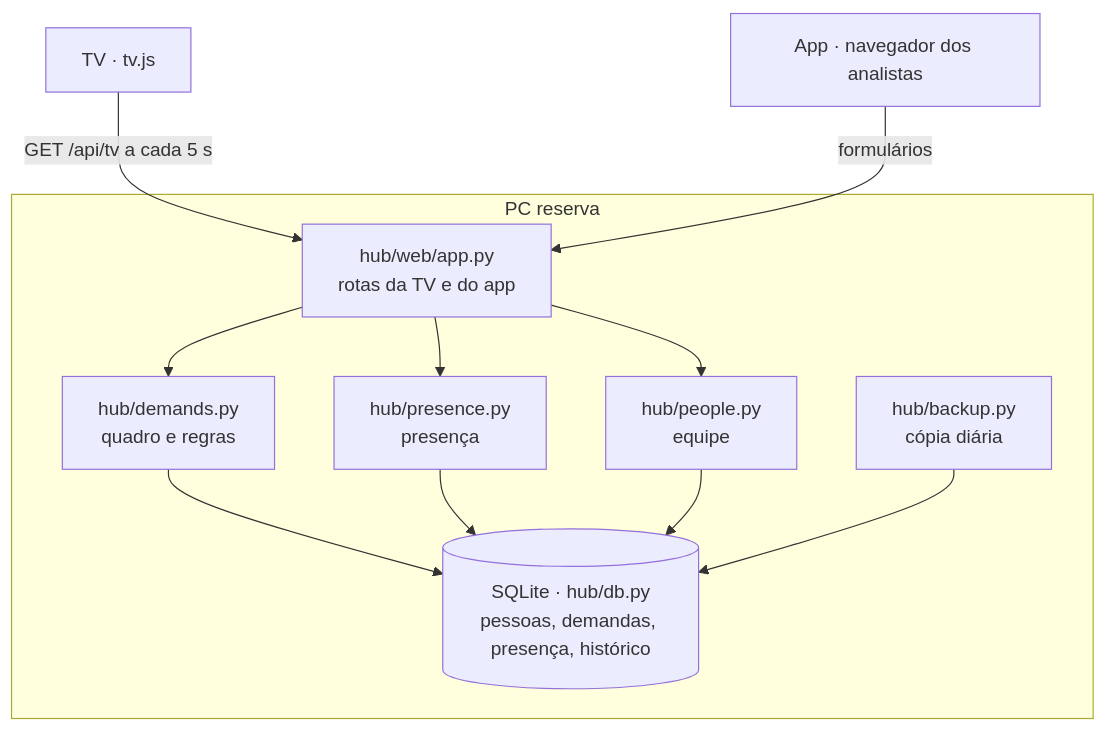
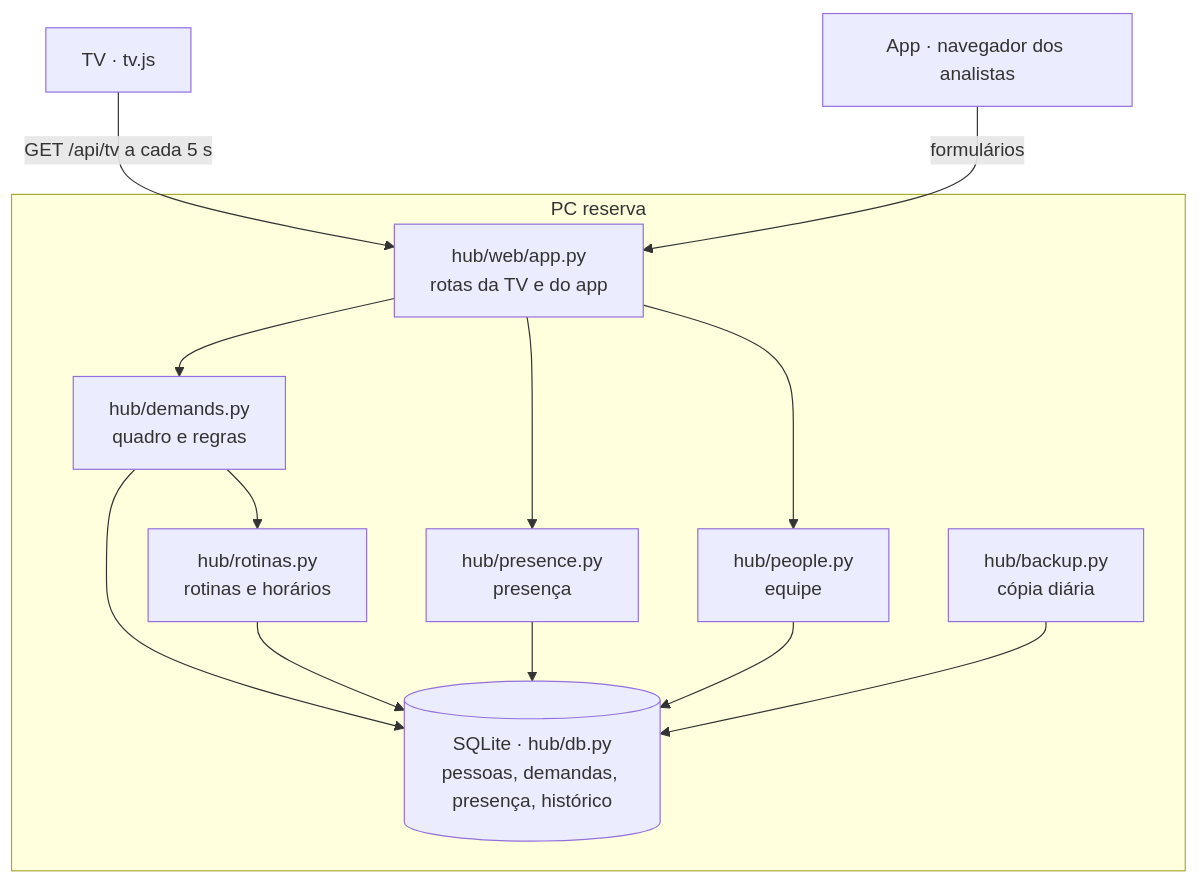
The diagram in docs/arquitetura.md (fishman2004/hub-analistas), drawn with Mermaid before and after one commit. The commit also changed other lines of this file and 28 other files, not shown here.

````diff
--- a/docs/arquitetura.md
+++ b/docs/arquitetura.md
@@ -8,14 +8,16 @@
 ```mermaid
 flowchart TB
     subgraph PC reserva
         W[hub/web/app.py<br>rotas da TV e do app] --> D[hub/demands.py<br>quadro e regras]
         W --> P[hub/presence.py<br>presença]
         W --> PE[hub/people.py<br>equipe]
+        D --> R[hub/rotinas.py<br>rotinas e horários]
         D --> DB[(SQLite · hub/db.py<br>pessoas, demandas, presença, histórico)]
+        R --> DB
         P --> DB
         PE --> DB
         B[hub/backup.py<br>cópia diária] --> DB
     end
     TV[TV · tv.js] -- GET /api/tv a cada 5 s --> W
     APP[App · navegador dos analistas] -- formulários --> W
 ```
````
